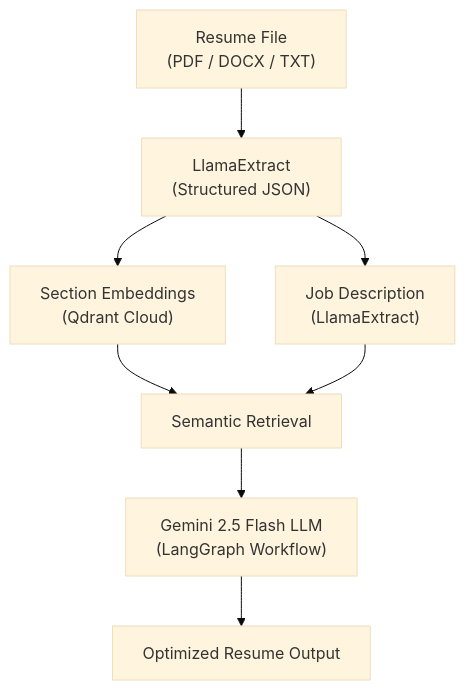
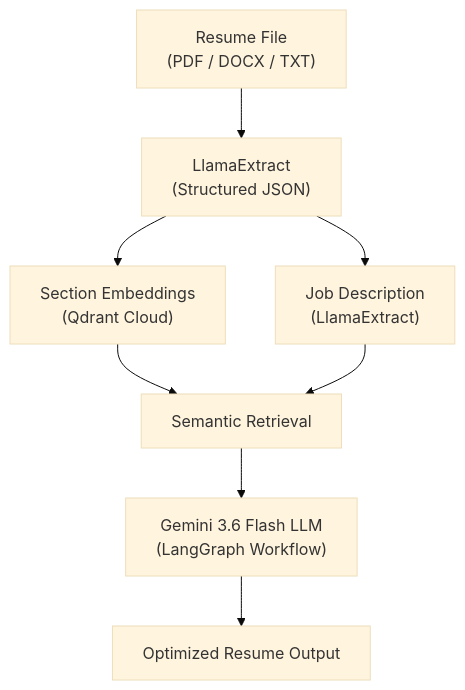
Before and after one commit to rsinghcodes/Tailr: the diagram in README.md, drawn with Mermaid (base theme). The commit also changed other lines of this file and 14 other files, not shown here.

````diff
--- a/README.md
+++ b/README.md
@@ -32,13 +32,13 @@
 ```mermaid
 flowchart TD
     A["Resume File<br/>(PDF / DOCX / TXT)"] --> B["LlamaExtract<br/>(Structured JSON)"]
 
     B --> C["Section Embeddings<br/>(Qdrant Cloud)"]
     B --> D["Job Description<br/>(LlamaExtract)"]
 
     C --> E["Semantic Retrieval"]
     D --> E
 
-    E --> F["Gemini 2.5 Flash LLM<br/>(LangGraph Workflow)"]
+    E --> F["Gemini 3.6 Flash LLM<br/>(LangGraph Workflow)"]
     F --> G["Optimized Resume Output"]
 ```
````
